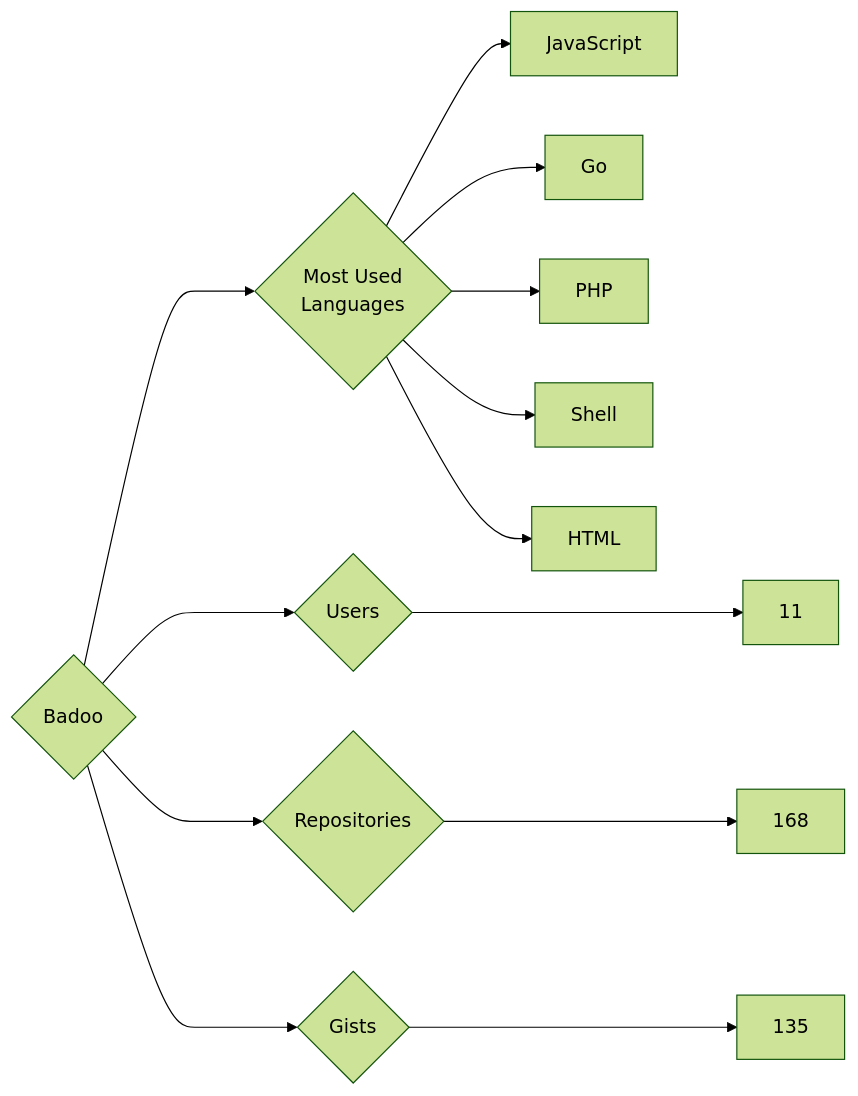
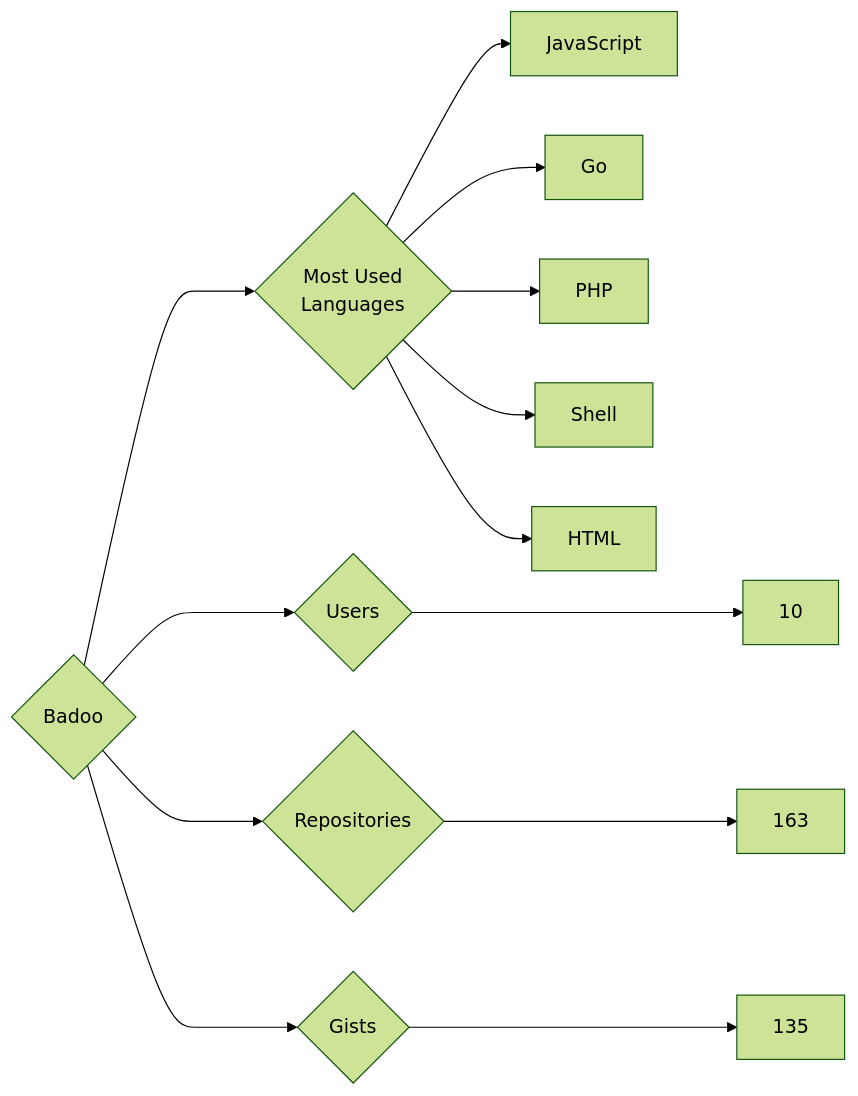
The diagram in targets/Badoo/README.md (trickest/insiders), drawn with Mermaid (forest theme) before and after one commit. The commit also changed 826 other files, not shown here.

````diff
--- a/targets/Badoo/README.md
+++ b/targets/Badoo/README.md
@@ -3,13 +3,13 @@
 ```mermaid
 graph LR
 COMPANY_NAME{Badoo}
-COMPANY_NAME ---> U{Users} ---> UN[11]
-COMPANY_NAME ---> R{Repositories} ---> RN[168]
+COMPANY_NAME ---> U{Users} ---> UN[10]
+COMPANY_NAME ---> R{Repositories} ---> RN[163]
 COMPANY_NAME ---> G{Gists} ---> GN[135]
 COMPANY_NAME ---> ML{Most Used<br>Languages}
 ML --> JavaScript[JavaScript]
 ML --> Go[Go]
 ML --> PHP[PHP]
 ML --> Shell[Shell]
 ML --> HTML[HTML]
 ```
````
